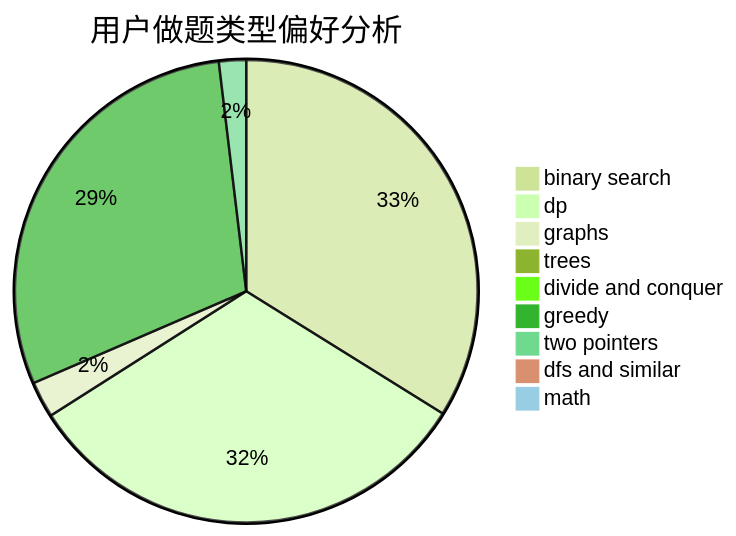
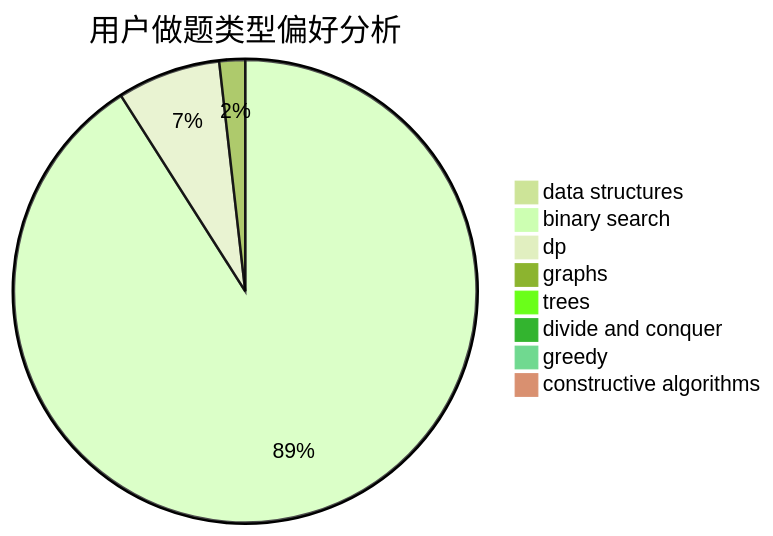
One commit to sherpahu/cfrs.github.io changed the second of 3 diagrams in docs/user/u2661.md. Above: the diagram before and after it, drawn with Mermaid (forest theme). The commit also changed other lines of this file and 2775 other files, not shown here.

````diff
--- a/docs/user/u2661.md
+++ b/docs/user/u2661.md
@@ -23,12 +23,11 @@
 ```mermaid
 pie title 用户做题类型偏好分析
-    "binary search" :  214
-    "dp" :  203
-    "graphs" :  16
+    "data structures" :  0
+    "binary search" :  202
+    "dp" :  16
+    "graphs" :  4
     "trees" :  2
     "divide and conquer" :  0
-    "greedy" :  187
-    "two pointers" :  12
-    "dfs and similar" :  5
-    "math" :  5
+    "greedy" :  2
+    "constructive algorithms" :  1
 ```
````
